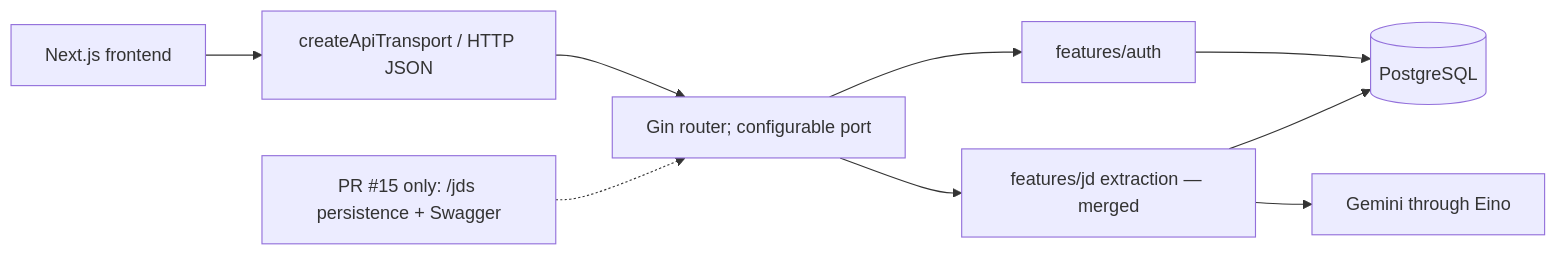
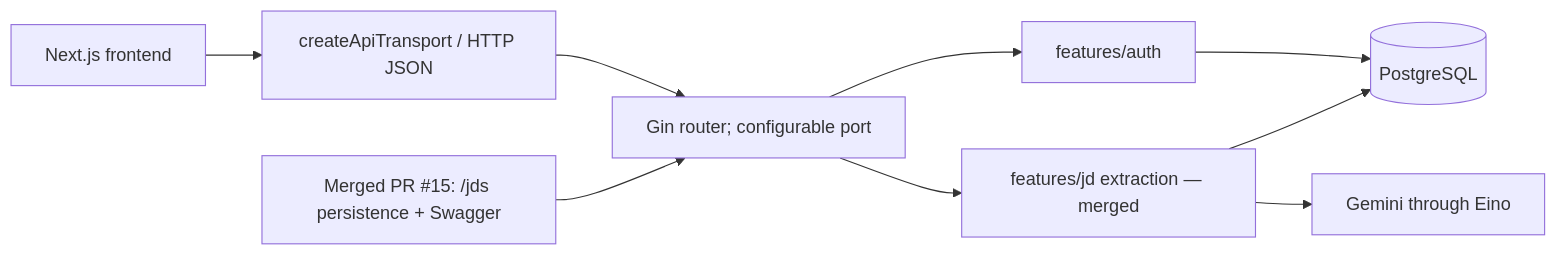
Before and after one commit to swp391-group3/ai-interview-practice-brain: the diagram in 05_Codebase/Integration-Boundaries.md, drawn with Mermaid. The commit also changed other lines of this file and 27 other files, not shown here.

````diff
--- a/05_Codebase/Integration-Boundaries.md
+++ b/05_Codebase/Integration-Boundaries.md
@@ -11,11 +11,11 @@
 ```mermaid
 flowchart LR
   UI[Next.js frontend] --> T[createApiTransport / HTTP JSON]
   T --> R[Gin router; configurable port]
   R --> A[features/auth]
   R --> J[features/jd extraction — merged]
   A --> DB[(PostgreSQL)]
   J --> L[Gemini through Eino]
   J --> DB
-  P[PR #15 only: /jds persistence + Swagger] -.-> R
+  P[Merged PR #15: /jds persistence + Swagger] --> R
 ```
````
